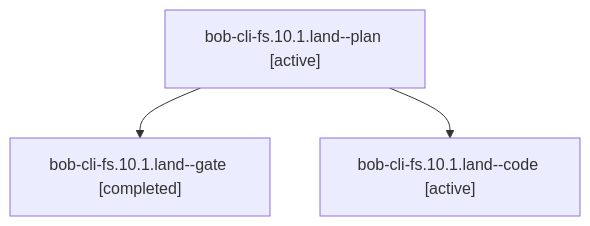
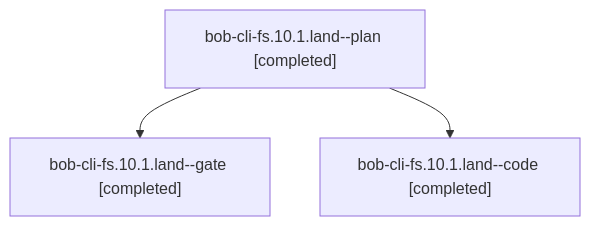
The diagram in sessions/bbugyi200.athena.bob-cli-fs.10.1.land.md (bobs-org/bob-cli--agents), drawn with Mermaid before and after one commit. The commit also changed other lines of this file and 113 other files, not shown here.

````diff
--- a/sessions/bbugyi200.athena.bob-cli-fs.10.1.land.md
+++ b/sessions/bbugyi200.athena.bob-cli-fs.10.1.land.md
@@ -9,8 +9,8 @@
 ```mermaid
 flowchart TD
-  n0["bob-cli-fs.10.1.land--plan [active]"]
+  n0["bob-cli-fs.10.1.land--plan [completed]"]
   n1["bob-cli-fs.10.1.land--gate [completed]"]
   n0 --> n1
-  n2["bob-cli-fs.10.1.land--code [active]"]
+  n2["bob-cli-fs.10.1.land--code [completed]"]
   n0 --> n2
 ```
````
